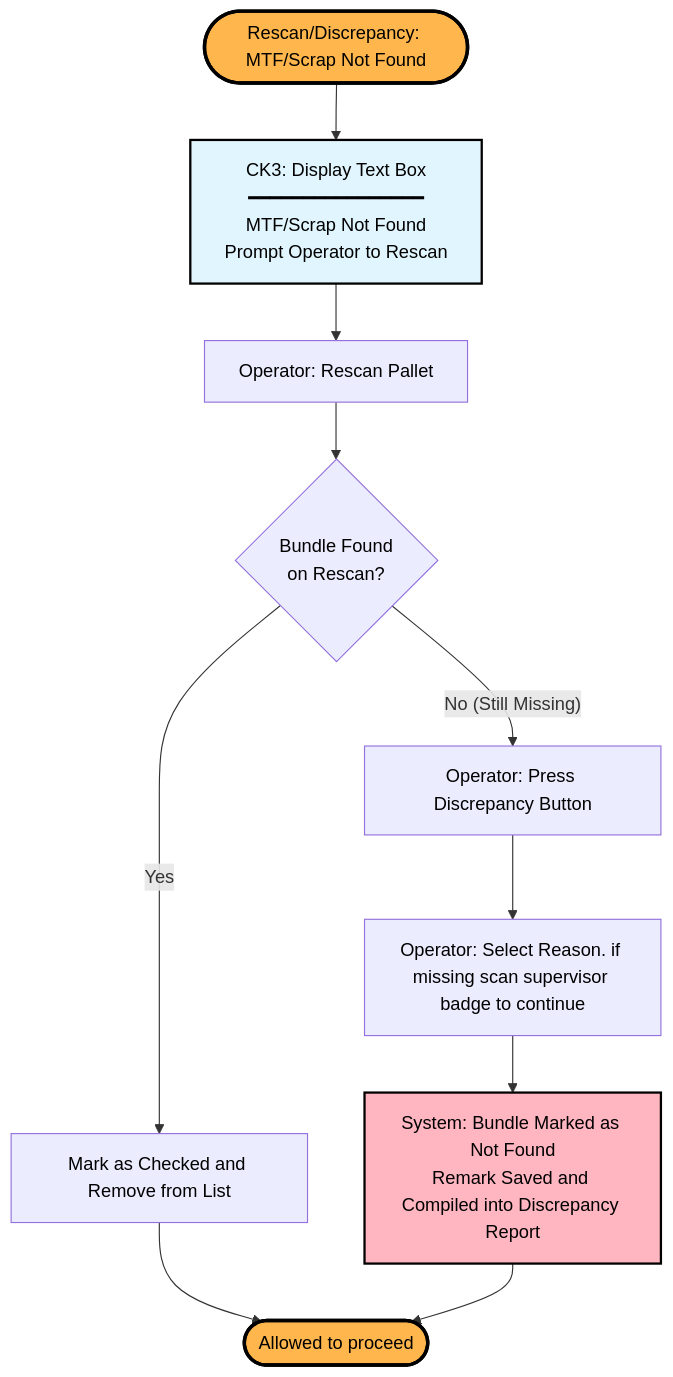
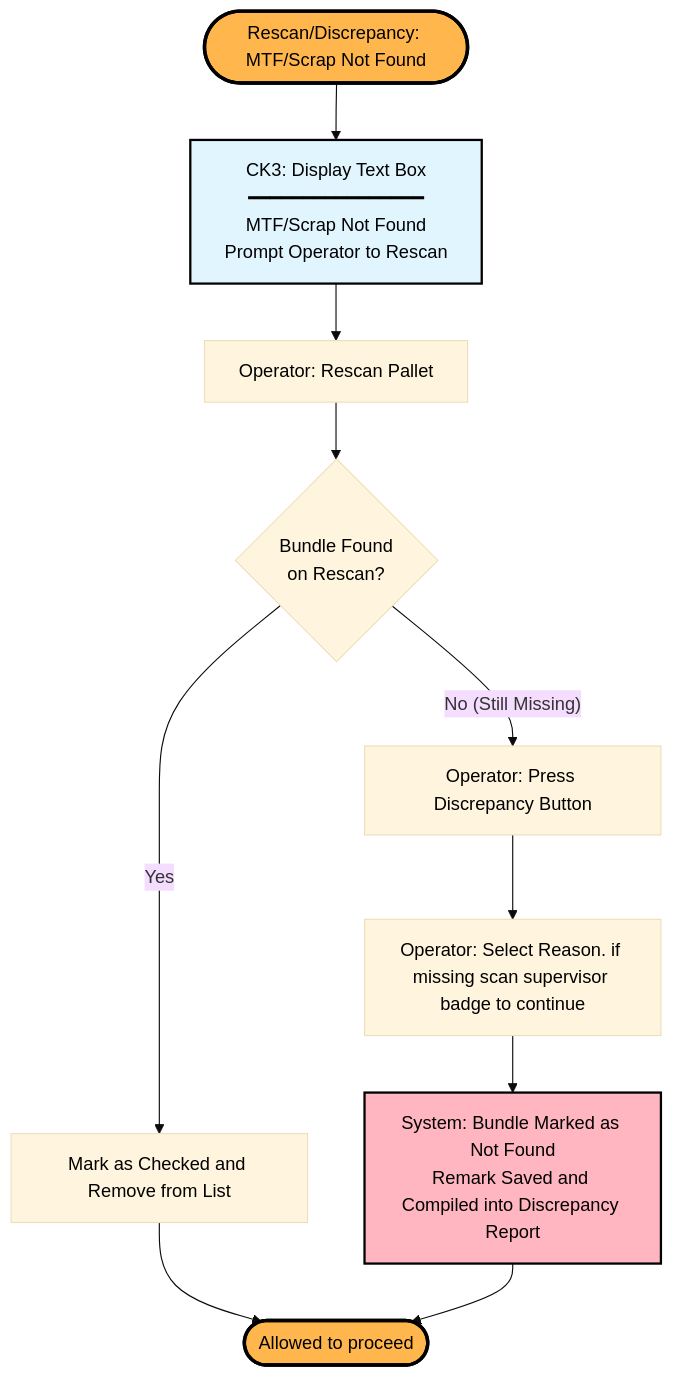
The seventh of 11 diagrams in workflow.md (kohjs/RMC-Cycle-Count), drawn with Mermaid before and after one commit. The commit also changed other lines of this file, not shown here.

Commit message:
theme changes

````diff
--- a/workflow.md
+++ b/workflow.md
@@ -224,26 +230,23 @@
 ```mermaid
----
-config:
-  layout: fixed
----
+%%{init: {'theme':'base'}}%%
 flowchart TB
     B(["Rescan/Discrepancy: MTF/Scrap Not Found"]) --> n8["CK3: Display Text Box<br>━━━━━━━━━━━━━━━━<br>MTF/Scrap Not Found<br>Prompt Operator to Rescan"]
     n8 --> n9["Operator: Rescan Pallet"]
     n9 --> n10{"Bundle Found<br>on Rescan?"}
     n10 -- Yes --> n12["Mark as Checked and Remove from List"]
     n12 --> n1(["Allowed to proceed"])
     n10 -- No (Still Missing) --> n11["Operator: Press Discrepancy Button"]
     n11 --> n13["Operator: Select Reason. if missing scan supervisor badge to continue"]
     n13 --> n14["System: Bundle Marked as Not Found<br>Remark Saved and Compiled into Discrepancy Report"]
     n14 --> n1
 
     style B fill:#FFB74D,stroke:#000,stroke-width:3px,color:#000
     style n8 fill:#E1F5FE,stroke:#000,stroke-width:2px,color:#000
     style n9 color:#000
     style n10 color:#000
     style n12 color:#000
     style n1 fill:#FFB74D,stroke:#000,stroke-width:3px,color:#000
     style n11 color:#000
     style n13 color:#000
     style n14 fill:#FFB6C1,stroke:#000,stroke-width:2px,color:#000
 ```
````
